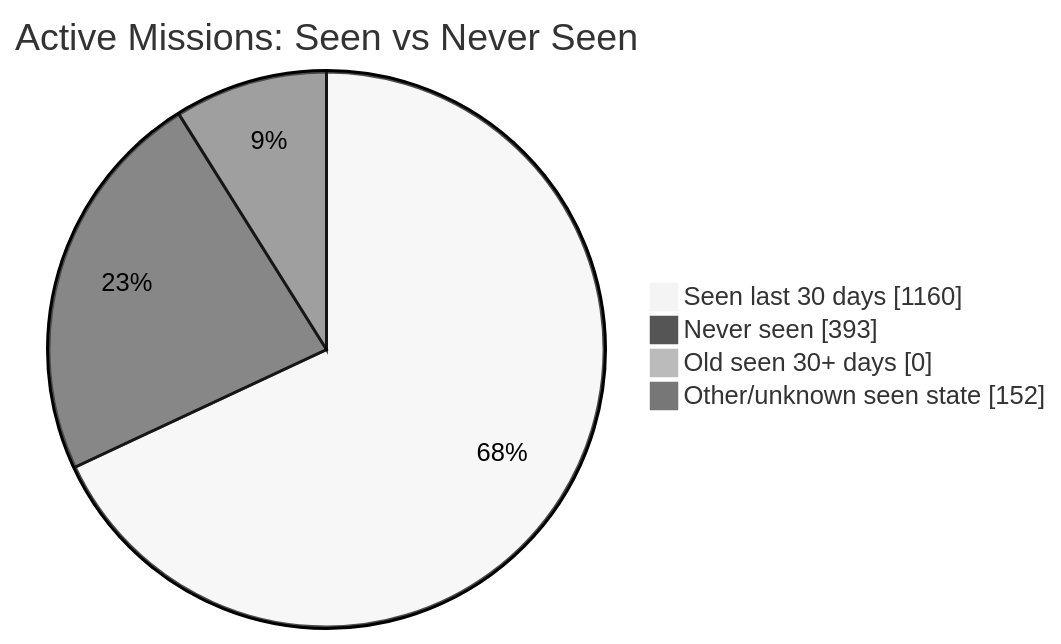
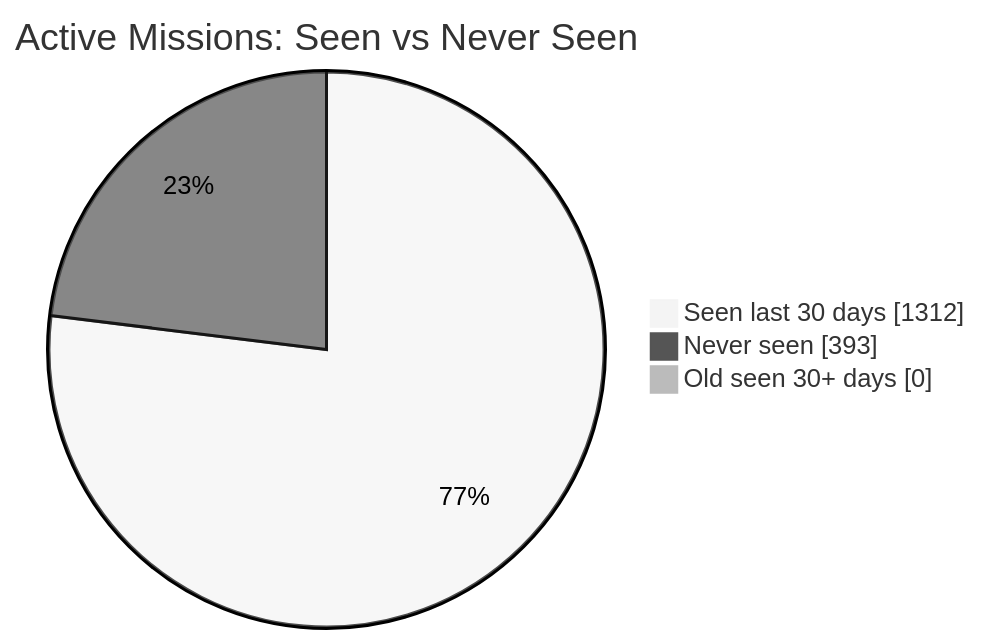
One commit to MeldkamerspelGameTeam/active-missions changed the diagram in README.md. Above: the diagram before and after it, drawn with Mermaid (neutral theme). The commit also changed other lines of this file, not shown here.

Commit message:
chore: update mission data

````diff
--- a/README.md
+++ b/README.md
@@ -34,8 +34,7 @@
 ```mermaid
 pie showData
     title Active Missions: Seen vs Never Seen
-    "Seen last 30 days" : 1160
+    "Seen last 30 days" : 1312
     "Never seen" : 393
     "Old seen 30+ days" : 0
-    "Other/unknown seen state" : 152
 ```
````
